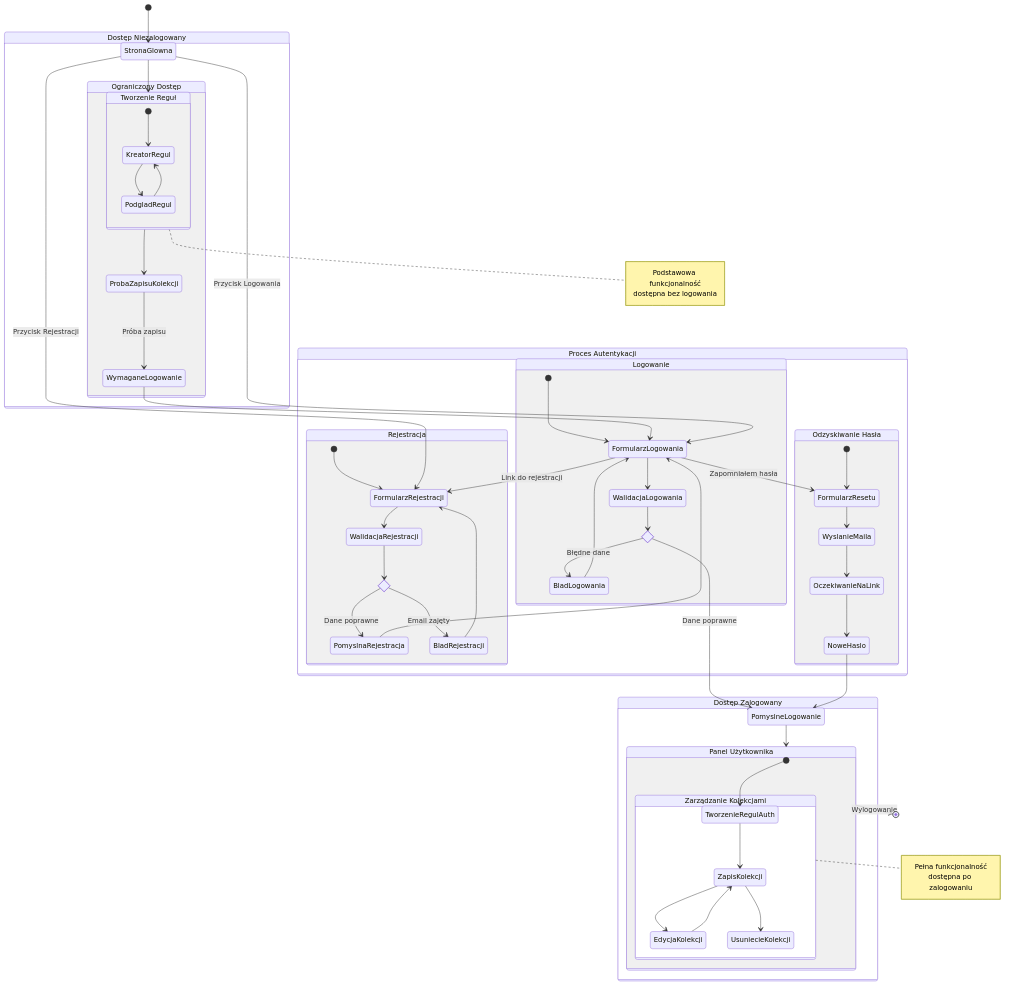
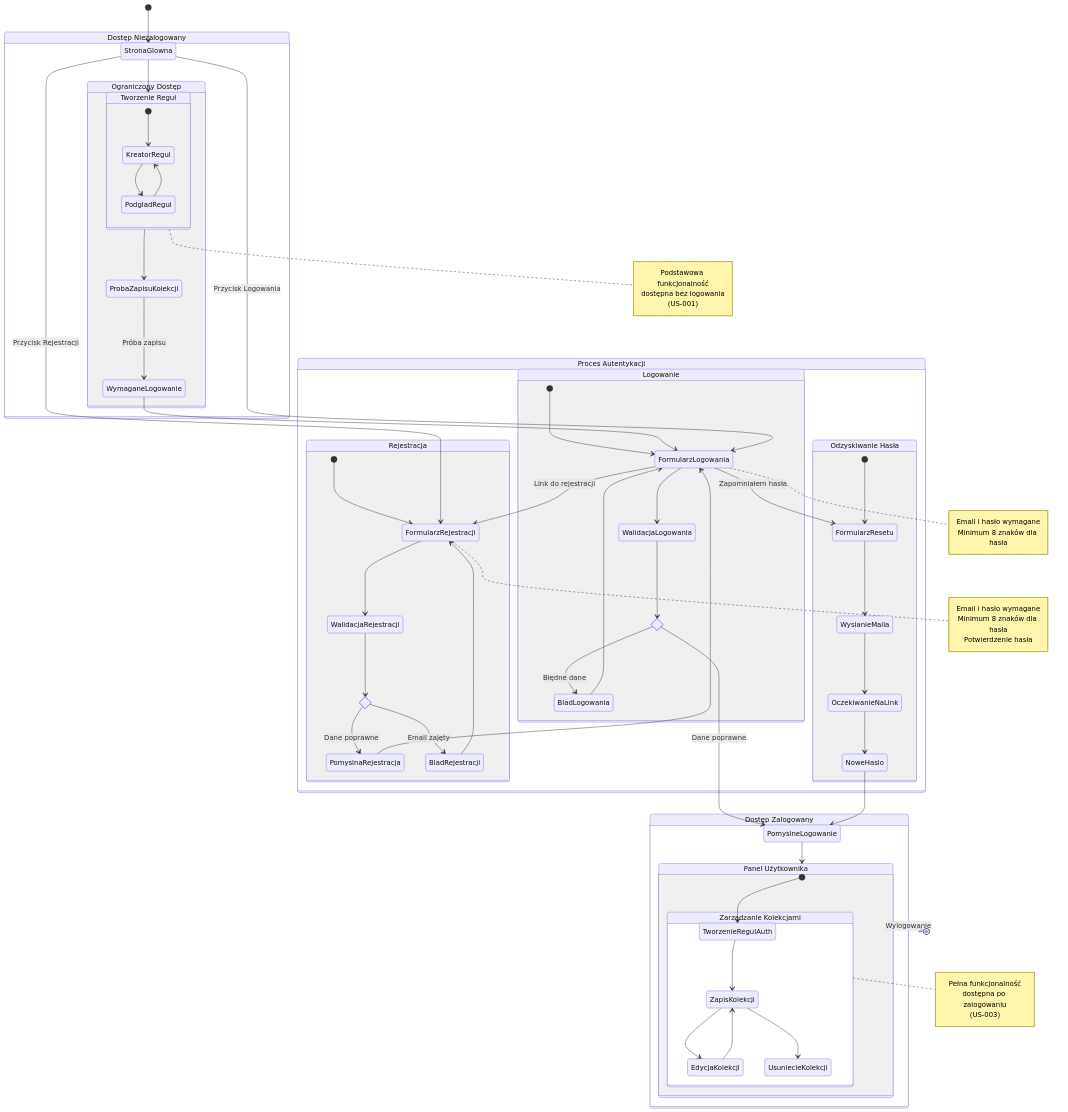
One commit to przeprogramowani/ai-rules-builder changed the diagram in .ai/diagrams/journey.md. Above: the diagram before and after it, drawn with Mermaid. The commit also changed 4 other files, not shown here.

````diff
--- a/.ai/diagrams/journey.md
+++ b/.ai/diagrams/journey.md
@@ -26,6 +26,11 @@
             if_logowanie --> PomyslneLogowanie: Dane poprawne
             if_logowanie --> BladLogowania: Błędne dane
             BladLogowania --> FormularzLogowania
+
+            note right of FormularzLogowania
+                Email i hasło wymagane
+                Minimum 8 znaków dla hasła
+            end note
         }
 
         state "Rejestracja" as Rejestracja {
@@ -37,6 +42,12 @@
             if_rejestracja --> PomyslnaRejestracja: Dane poprawne
             if_rejestracja --> BladRejestracji: Email zajęty
             BladRejestracji --> FormularzRejestracji
+
+            note right of FormularzRejestracji
+                Email i hasło wymagane
+                Minimum 8 znaków dla hasła
+                Potwierdzenie hasła
+            end note
         }
 
         state "Odzyskiwanie Hasła" as OdzyskiwanieHasla {
@@ -75,10 +86,12 @@
     note right of TworzenieRegul
         Podstawowa funkcjonalność
         dostępna bez logowania
+        (US-001)
     end note
 
     note right of Kolekcje
         Pełna funkcjonalność
         dostępna po zalogowaniu
+        (US-003)
     end note
 ```
````
